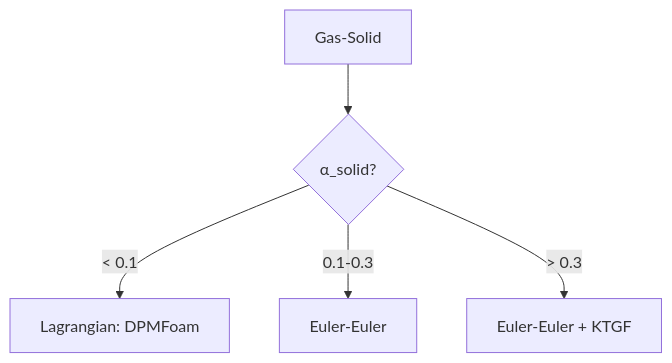
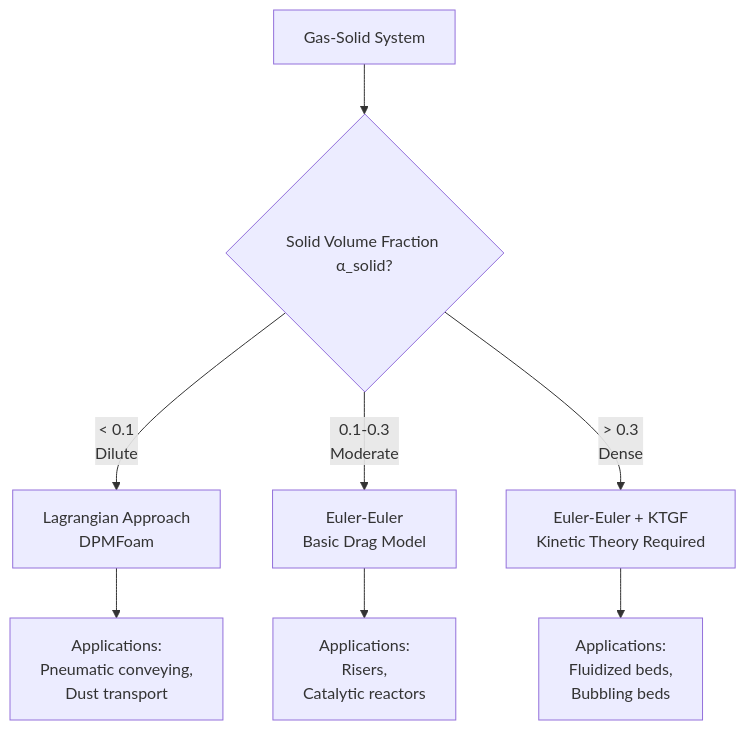
Before and after one commit to wramet/build-my-cfd: the first of 2 diagrams in MODULE_04_MULTIPHASE_FUNDAMENTALS/CONTENT/05_MODEL_SELECTION/04_Gas_Solid_Systems.md, drawn with Mermaid. The commit also changed other lines of this file and 75 other files, not shown here.

````diff
--- a/MODULE_04_MULTIPHASE_FUNDAMENTALS/CONTENT/05_MODEL_SELECTION/04_Gas_Solid_Systems.md
+++ b/MODULE_04_MULTIPHASE_FUNDAMENTALS/CONTENT/05_MODEL_SELECTION/04_Gas_Solid_Systems.md
@@ -9,7 +42,11 @@
 ```mermaid
 flowchart TD
-    A[Gas-Solid] --> B{α_solid?}
-    B -->|< 0.1| C[Lagrangian: DPMFoam]
-    B -->|0.1-0.3| D[Euler-Euler]
-    B -->|> 0.3| E[Euler-Euler + KTGF]
+    A[Gas-Solid System] --> B{Solid Volume Fraction α_solid?}
+    B -->|< 0.1<br/>Dilute| C[Lagrangian Approach<br/>DPMFoam]
+    B -->|0.1-0.3<br/>Moderate| D[Euler-Euler<br/>Basic Drag Model]
+    B -->|> 0.3<br/>Dense| E[Euler-Euler + KTGF<br/>Kinetic Theory Required]
+    
+    C --> F[Applications:<br/>Pneumatic conveying,<br/>Dust transport]
+    D --> G[Applications:<br/>Risers,<br/>Catalytic reactors]
+    E --> H[Applications:<br/>Fluidized beds,<br/>Bubbling beds]
 ```
````
